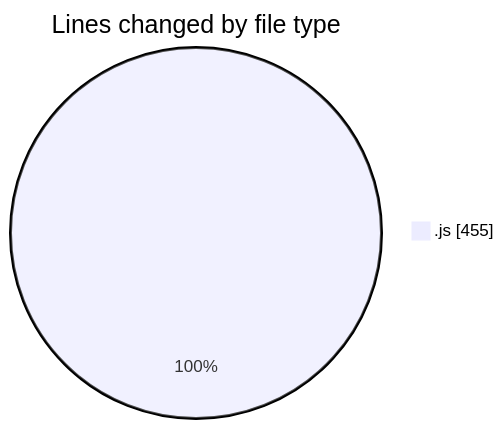
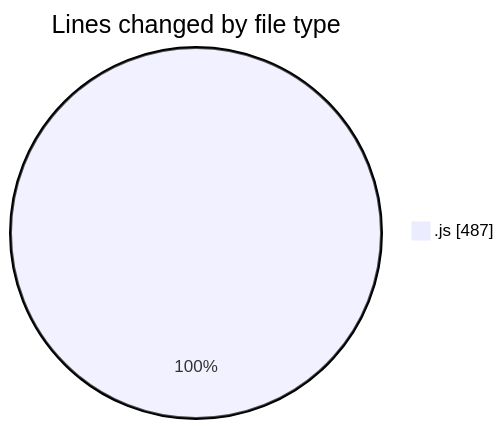
One commit to nxtqubesakshisongat/code-tracking changed the first of 2 diagrams in 2025-04-16/nxtqube_webapp/README.md. Above: the diagram before and after it, drawn with Mermaid. The commit also changed other lines of this file and 1 other file, not shown here.

````diff
--- a/2025-04-16/nxtqube_webapp/README.md
+++ b/2025-04-16/nxtqube_webapp/README.md
@@ -21,5 +21,5 @@
 ```mermaid
 pie showData
 title Lines changed by file type
-".js" : 455
+".js" : 487
 ```
````
